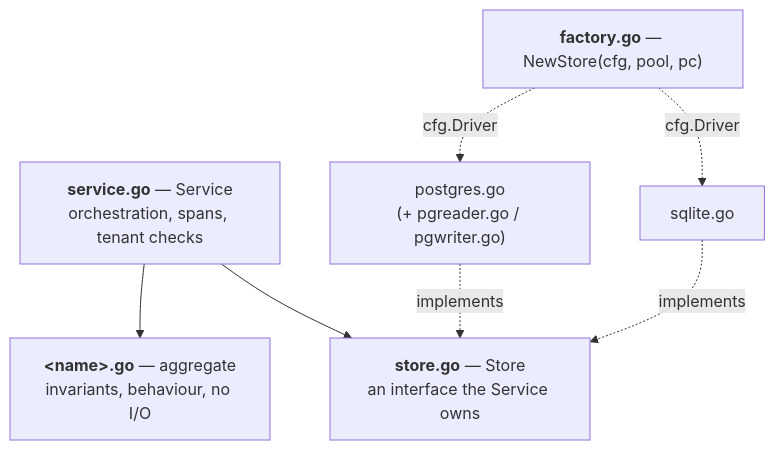
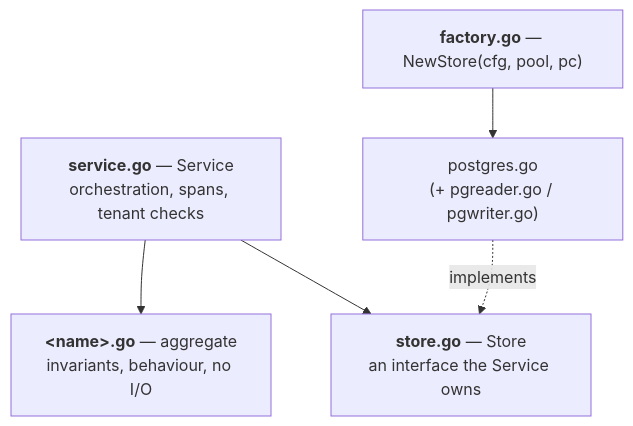
The diagram in docs/modules/README.md (altalune-id/openwa), drawn with Mermaid before and after one commit. The commit also changed other lines of this file and 1169 other files, not shown here.

````diff
--- a/docs/modules/README.md
+++ b/docs/modules/README.md
@@ -33,14 +32,12 @@
 ```mermaid
 flowchart TB
   S["<b>service.go</b> — Service<br/>orchestration, spans, tenant checks"]
   A["<b>&lt;name&gt;.go</b> — aggregate<br/>invariants, behaviour, no I/O"]
   I["<b>store.go</b> — Store<br/>an interface the Service owns"]
   F["<b>factory.go</b> — NewStore(cfg, pool, pc)"]
   P["postgres.go<br/>(+ pgreader.go / pgwriter.go)"]
-  Q["sqlite.go"]
   S --> A
   S --> I
-  F -. "cfg.Driver" .-> P & Q
+  F --> P
   P -. implements .-> I
-  Q -. implements .-> I
 ```
````
